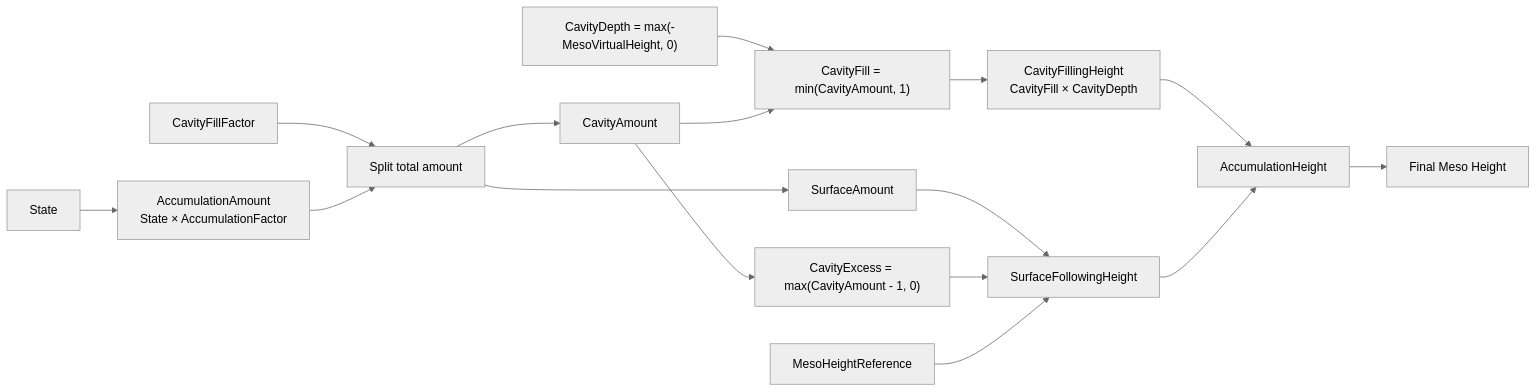
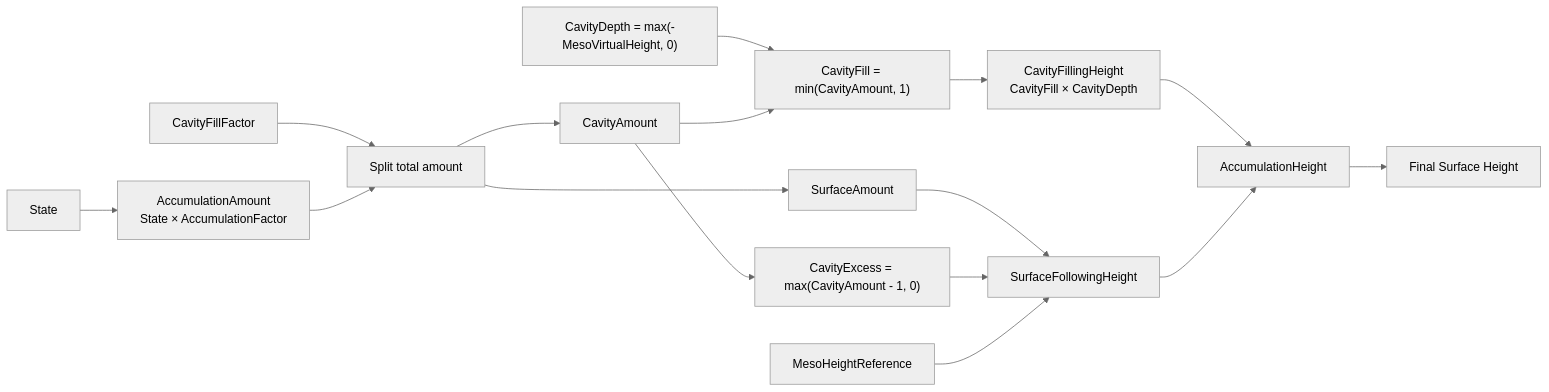
Before and after one commit to Yonaim/Material-Dependent-Surface-State-Engine: the fourth of 4 diagrams in Docs/MDSSP-Vault/04_Architecture/0004_Surface-Geometry.md, drawn with Mermaid (neutral theme). The commit also changed other lines of this file and 35 other files, not shown here.

````diff
--- a/Docs/MDSSP-Vault/04_Architecture/0004_Surface-Geometry.md
+++ b/Docs/MDSSP-Vault/04_Architecture/0004_Surface-Geometry.md
@@ -185,18 +187,18 @@
 ```mermaid
 flowchart LR
   State["State"] --> Total["AccumulationAmount\nState × AccumulationFactor"]
   AccFactor["CavityFillFactor"] --> Split["Split total amount"]
   Total --> Split
   Split --> Cavity["CavityAmount"]
   Split --> Surface["SurfaceAmount"]
   Depth["CavityDepth = max(-MesoVirtualHeight, 0)"] --> Fill["CavityFill = min(CavityAmount, 1)"]
   Cavity --> Fill
   Fill --> CavityHeight["CavityFillingHeight\nCavityFill × CavityDepth"]
   Cavity --> Excess["CavityExcess = max(CavityAmount - 1, 0)"]
   Surface --> Following["SurfaceFollowingHeight"]
   Excess --> Following
   Reference["MesoHeightReference"] --> Following
   CavityHeight --> Sum["AccumulationHeight"]
   Following --> Sum
-  Sum --> Final["Final Meso Height"]
+  Sum --> Final["Final Surface Height"]
 ```
````
